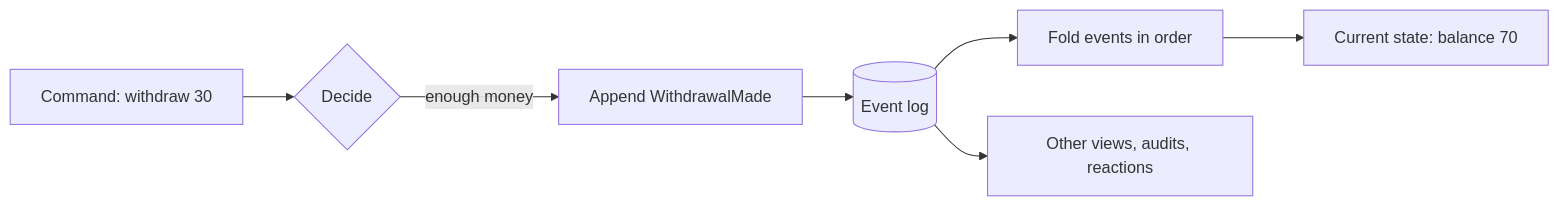
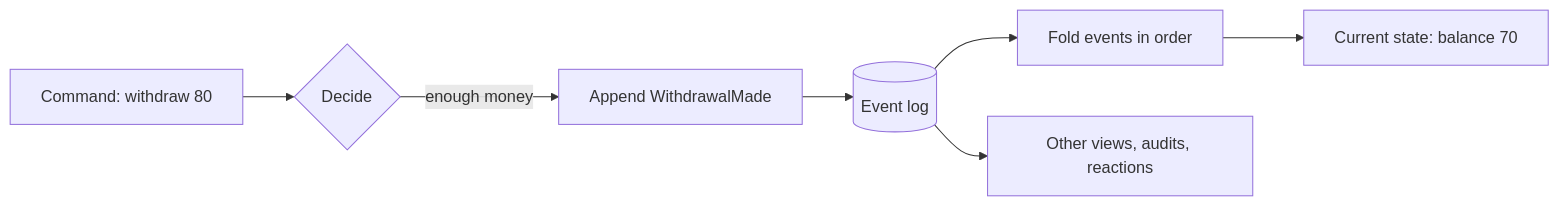
Before and after one commit to Cratis/Documentation: the diagram in web/src/content/docs/concepts/event-sourcing.md, drawn with Mermaid. The commit also changed other lines of this file and 6 other files, not shown here.

````diff
--- a/web/src/content/docs/concepts/event-sourcing.md
+++ b/web/src/content/docs/concepts/event-sourcing.md
@@ -21,9 +21,9 @@
 ```mermaid
 flowchart LR
-    A[Command: withdraw 30] --> B{Decide}
+    A[Command: withdraw 80] --> B{Decide}
     B -->|enough money| C[Append WithdrawalMade]
     C --> D[(Event log)]
     D --> E[Fold events in order]
     E --> F[Current state: balance 70]
     D --> G[Other views, audits, reactions]
 ```
````
